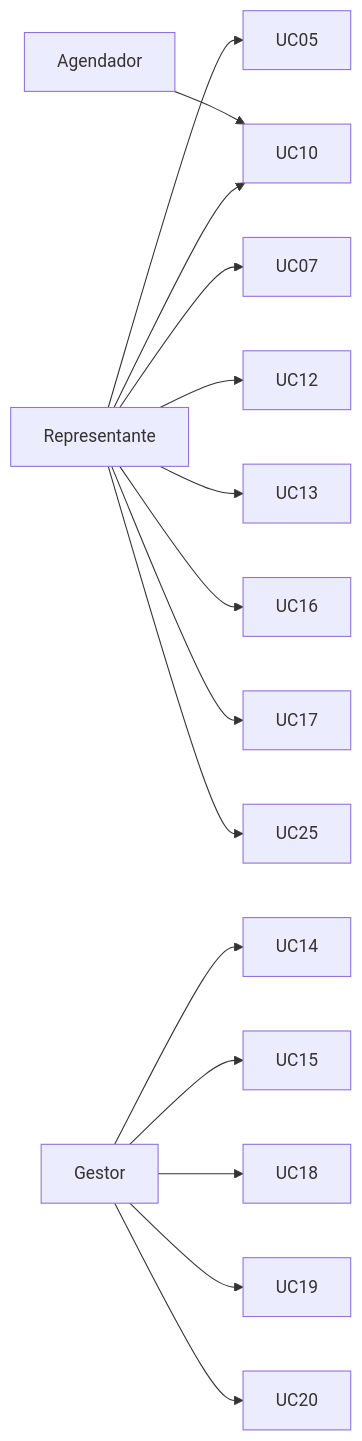
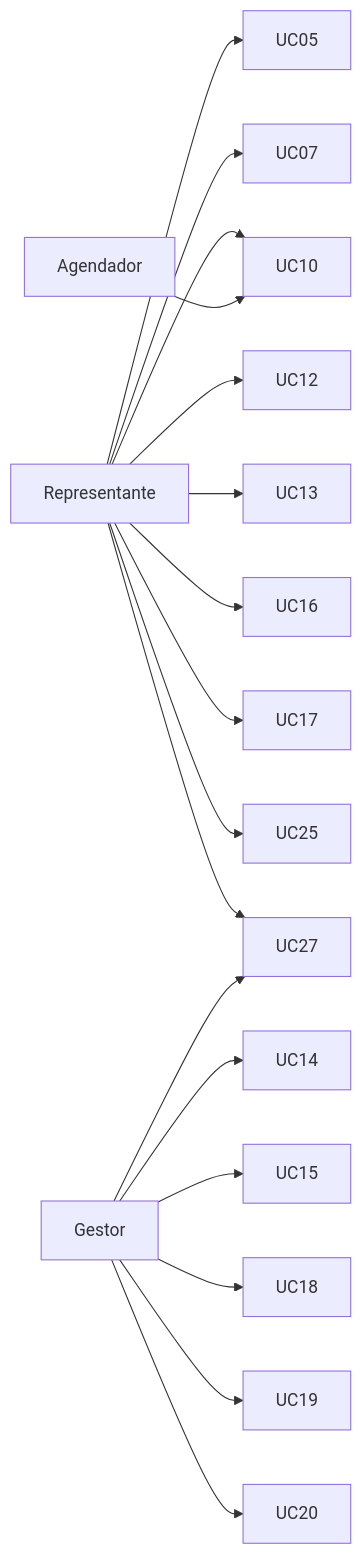
Before and after one commit to dudapetzinger/CHOKOCRM: the diagram in docs/casos-de-uso.md, drawn with Mermaid. The commit also changed other lines of this file and 5 other files, not shown here.

````diff
--- a/docs/casos-de-uso.md
+++ b/docs/casos-de-uso.md
@@ -27,6 +27,6 @@
 ```mermaid
 graph LR
-  R[Representante] --> UC05 & UC07 & UC10 & UC12 & UC13 & UC16 & UC17 & UC25
-  G[Gestor] --> UC14 & UC15 & UC18 & UC19 & UC20
+  R[Representante] --> UC05 & UC07 & UC10 & UC12 & UC13 & UC16 & UC17 & UC25 & UC27
+  G[Gestor] --> UC14 & UC15 & UC18 & UC19 & UC20 & UC27
   S[Agendador] --> UC10
 ```
````
